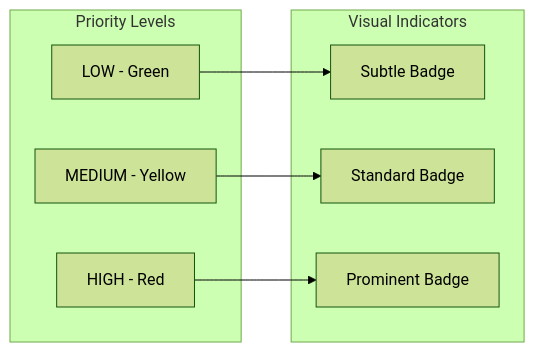
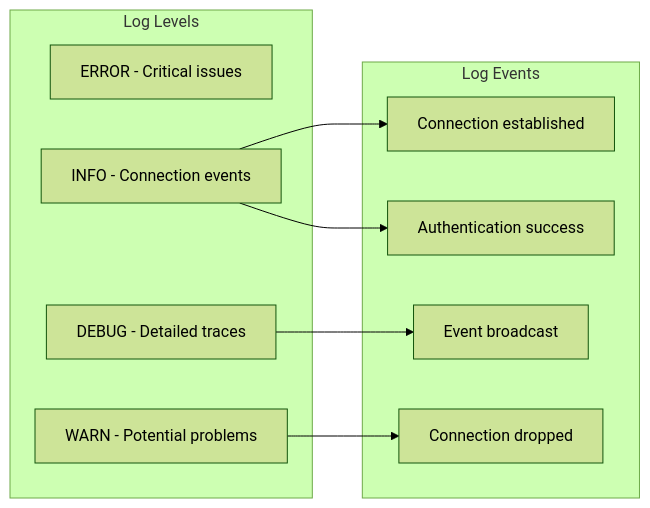
One commit to anshsharmacse/taskflow-socket changed the seventh of 10 diagrams in README.md. Above: the diagram before and after it, drawn with Mermaid (forest theme). The commit also changed other lines of this file, not shown here.

````diff
--- a/README.md
+++ b/README.md
@@ -459,18 +411,21 @@
 ```mermaid
 flowchart LR
-    subgraph Priority Levels
-        L[LOW - Green]
-        M[MEDIUM - Yellow]
-        H[HIGH - Red]
+    subgraph "Log Levels"
+        L1[ERROR - Critical issues]
+        L2[WARN - Potential problems]
+        L3[INFO - Connection events]
+        L4[DEBUG - Detailed traces]
     end
     
-    subgraph Visual Indicators
-        V1[Subtle Badge]
-        V2[Standard Badge]
-        V3[Prominent Badge]
+    subgraph "Log Events"
+        E1[Connection established]
+        E2[Authentication success]
+        E3[Event broadcast]
+        E4[Connection dropped]
     end
     
-    L --> V1
-    M --> V2
-    H --> V3
+    L3 --> E1
+    L3 --> E2
+    L4 --> E3
+    L2 --> E4
 ```
````
